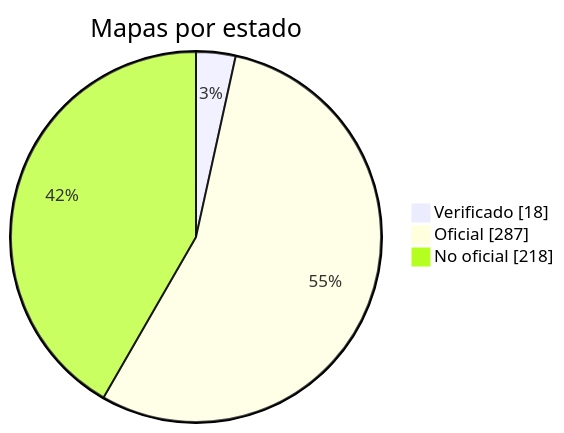
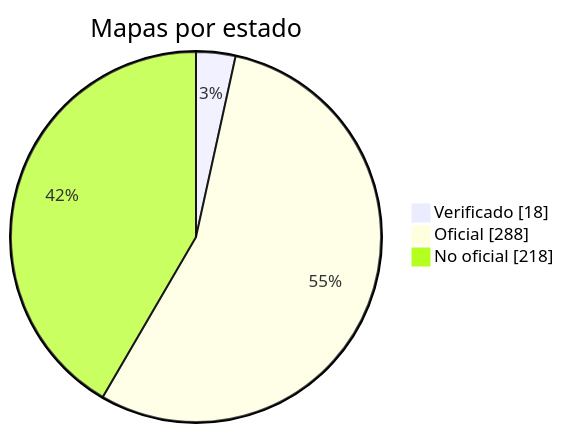
One commit to nobrega8/mbmap-library changed the diagram in docs/readme/README_ES.md. Above: the diagram before and after it, drawn with Mermaid. The commit also changed 5 other files, not shown here.

````diff
--- a/docs/readme/README_ES.md
+++ b/docs/readme/README_ES.md
@@ -54,7 +54,7 @@
 ```mermaid
 pie showData
     title Mapas por estado
     "Verificado" : 18
-    "Oficial" : 287
+    "Oficial" : 288
     "No oficial" : 218
 ```
````
